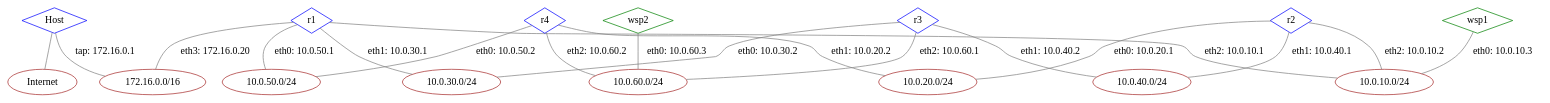
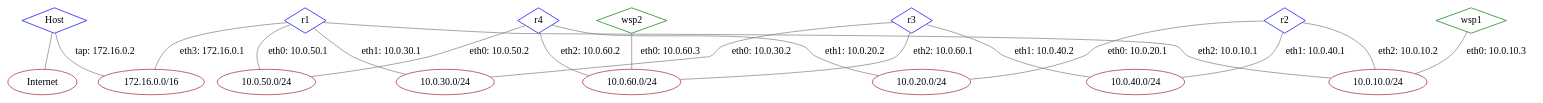
Before and after one commit to ovchinnikov-vladislav/lab-rip-hw: the diagram in report/graphs/network.gv, drawn with Graphviz. The commit also changed 14 other files, not shown here.

```diff
--- a/report/graphs/network.gv
+++ b/report/graphs/network.gv
@@ -1,46 +1,46 @@
 graph G {
 edge [len=1.5];
 node [shape=diamond, color="green"];
 Host [color="blue"];
 r1 [color="blue"];
 r2 [color="blue"];
 r3 [color="blue"];
 r4 [color="blue"];
 wsp1;
 wsp2;
 node [shape=ellipse, color="brown"];
 lan60 [label="10.0.60.0/24"];
 lan20 [label="10.0.20.0/24"];
 lan50 [label="10.0.50.0/24"];
 lan60 [label="10.0.60.0/24"];
 lan10 [label="10.0.10.0/24"];
 tap [label="172.16.0.0/16"];
 lan10 [label="10.0.10.0/24"];
 lan30 [label="10.0.30.0/24"];
 lan50 [label="10.0.50.0/24"];
 lan10 [label="10.0.10.0/24"];
 lan40 [label="10.0.40.0/24"];
 lan20 [label="10.0.20.0/24"];
 lan60 [label="10.0.60.0/24"];
 lan40 [label="10.0.40.0/24"];
 lan30 [label="10.0.30.0/24"];
 Internet [label="Internet"];
 tap [label="172.16.0.0/16"];
 Host -- Internet [color="gray"];
-Host -- tap [label="tap: 172.16.0.1", color="gray"];
-r1 -- tap [label="eth3: 172.16.0.20", color="gray"];
+Host -- tap [label="tap: 172.16.0.2", color="gray"];
+r1 -- tap [label="eth3: 172.16.0.1", color="gray"];
 r1 -- lan10 [label="eth2: 10.0.10.1", color="gray"];
 r1 -- lan30 [label="eth1: 10.0.30.1", color="gray"];
 r1 -- lan50 [label="eth0: 10.0.50.1", color="gray"];
 r2 -- lan10 [label="eth2: 10.0.10.2", color="gray"];
 r2 -- lan40 [label="eth1: 10.0.40.1", color="gray"];
 r2 -- lan20 [label="eth0: 10.0.20.1", color="gray"];
 r3 -- lan60 [label="eth2: 10.0.60.1", color="gray"];
 r3 -- lan40 [label="eth1: 10.0.40.2", color="gray"];
 r3 -- lan30 [label="eth0: 10.0.30.2", color="gray"];
 r4 -- lan60 [label="eth2: 10.0.60.2", color="gray"];
 r4 -- lan20 [label="eth1: 10.0.20.2", color="gray"];
 r4 -- lan50 [label="eth0: 10.0.50.2", color="gray"];
 wsp1 -- lan10 [label="eth0: 10.0.10.3", color="gray"];
 wsp2 -- lan60 [label="eth0: 10.0.60.3", color="gray"];
 }
```
